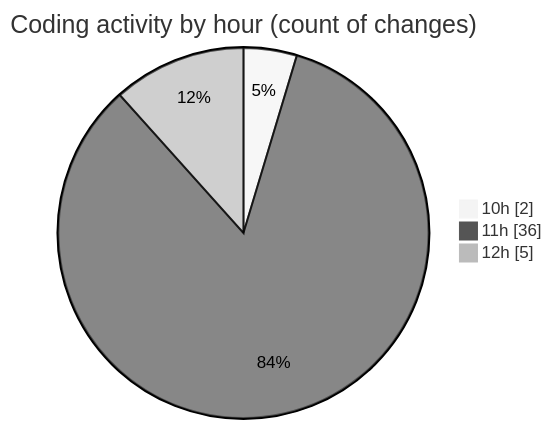
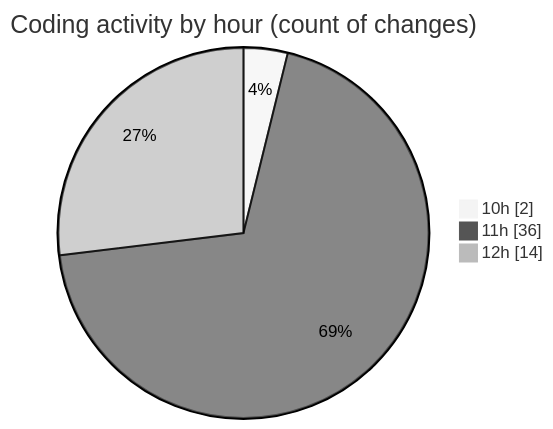
One commit to nxtqubesakshisongat/code-tracking changed the second of 2 diagrams in 2025-05-13/argos-dev/README.md. Above: the diagram before and after it, drawn with Mermaid (neutral theme). The commit also changed other lines of this file and 1 other file, not shown here.

````diff
--- a/2025-05-13/argos-dev/README.md
+++ b/2025-05-13/argos-dev/README.md
@@ -31,7 +31,7 @@
 ```mermaid
 pie showData
 title Coding activity by hour (count of changes)
 "10h" : 2
 "11h" : 36
-"12h" : 5
+"12h" : 14
 ```
````
